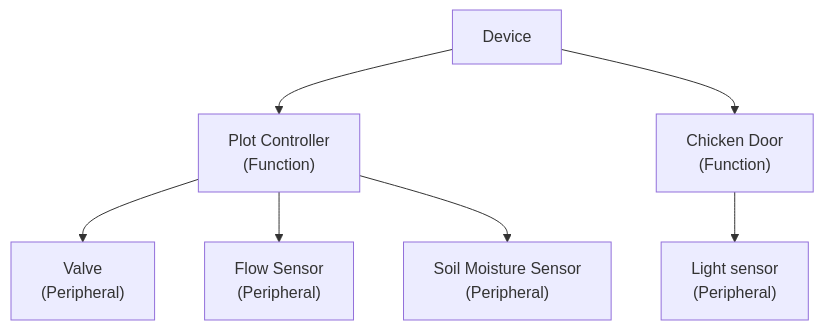
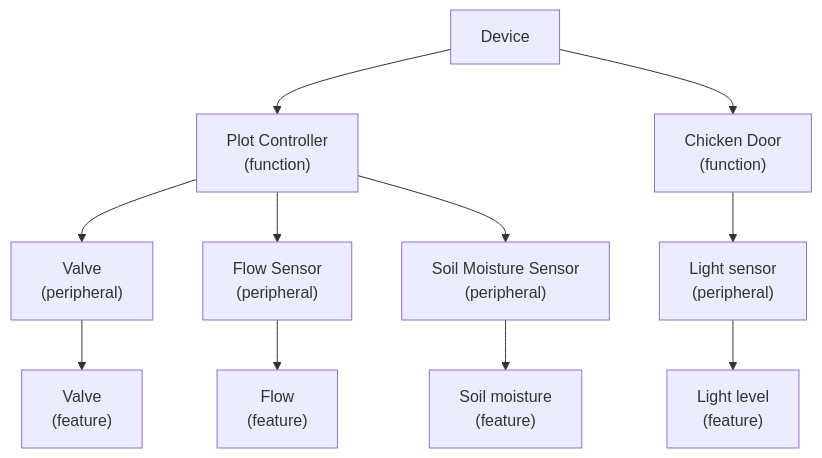
The diagram in docs/Components.md (kivancsikert/ugly-duckling), drawn with Mermaid before and after one commit. The commit also changed other lines of this file, not shown here.

Commit message:
Add features to diagram

````diff
--- a/docs/Components.md
+++ b/docs/Components.md
@@ -3,20 +3,31 @@
 ```mermaid
 graph TD
   Device["Device"]
-  PValve["Valve<br/>(Peripheral)"]
-  PFlowSensor["Flow Sensor<br/>(Peripheral)"]
-  PSoilMoistureSensor["Soil Moisture Sensor<br/>(Peripheral)"]
-  PLightSensor["Light sensor<br/>(Peripheral)"]
 
-  FPlotController["Plot Controller<br/>(Function)"]
-  FChickenDoor["Chicken Door<br/>(Function)"]
+  PerfValve["Valve<br/>(peripheral)"]
+  PerfFlowSensor["Flow Sensor<br/>(peripheral)"]
+  PerfSoilMoistureSensor["Soil Moisture Sensor<br/>(peripheral)"]
+  PerfLightSensor["Light sensor<br/>(peripheral)"]
 
-  Device --> FPlotController
-  Device --> FChickenDoor
+  FuncPlotController["Plot Controller<br/>(function)"]
+  FuncChickenDoor["Chicken Door<br/>(function)"]
 
-  FPlotController --> PValve
-  FPlotController --> PFlowSensor
-  FPlotController --> PSoilMoistureSensor
+  FeatValve["Valve<br/>(feature)"]
+  FeatFlow["Flow<br/>(feature)"]
+  FeatSoilMoisture["Soil moisture<br/>(feature)"]
+  FeatLight["Light level<br/>(feature)"]
 
-  FChickenDoor --> PLightSensor
+  Device --> FuncPlotController
+  Device --> FuncChickenDoor
+
+  FuncPlotController --> PerfValve
+  FuncPlotController --> PerfFlowSensor
+  FuncPlotController --> PerfSoilMoistureSensor
+
+  PerfValve --> FeatValve
+  PerfFlowSensor --> FeatFlow
+  PerfSoilMoistureSensor --> FeatSoilMoisture
+
+  FuncChickenDoor --> PerfLightSensor
+  PerfLightSensor --> FeatLight
 ```
````
